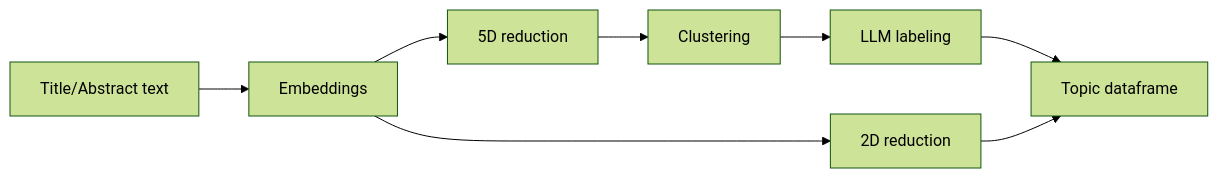
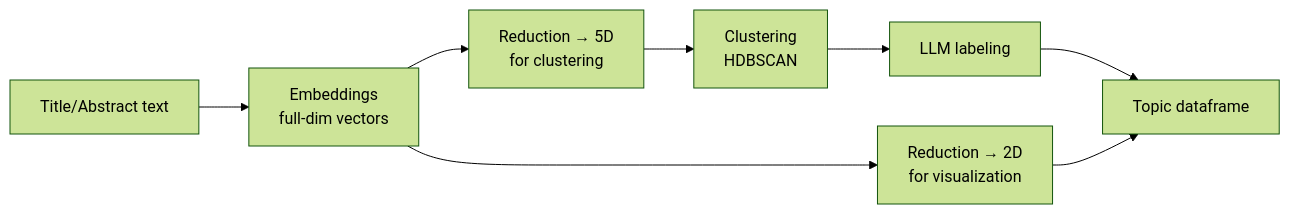
One commit to raphschlatt/ads-bib changed the diagram in docs/topic-modeling.md. Above: the diagram before and after it, drawn with Mermaid (forest theme). The commit also changed other lines of this file and 13 other files, not shown here.

````diff
--- a/docs/topic-modeling.md
+++ b/docs/topic-modeling.md
@@ -20,10 +16,10 @@
 ``` mermaid
 graph LR
-    A[Title/Abstract text] --> B[Embeddings]
-    B --> C[5D reduction]
-    B --> D[2D reduction]
-    C --> E[Clustering]
+    A[Title/Abstract text] --> B[Embeddings<br/>full-dim vectors]
+    B --> C[Reduction → 5D<br/>for clustering]
+    B --> D[Reduction → 2D<br/>for visualization]
+    C --> E[Clustering<br/>HDBSCAN]
     E --> F[LLM labeling]
     F --> G[Topic dataframe]
     D --> G
 ```
````
